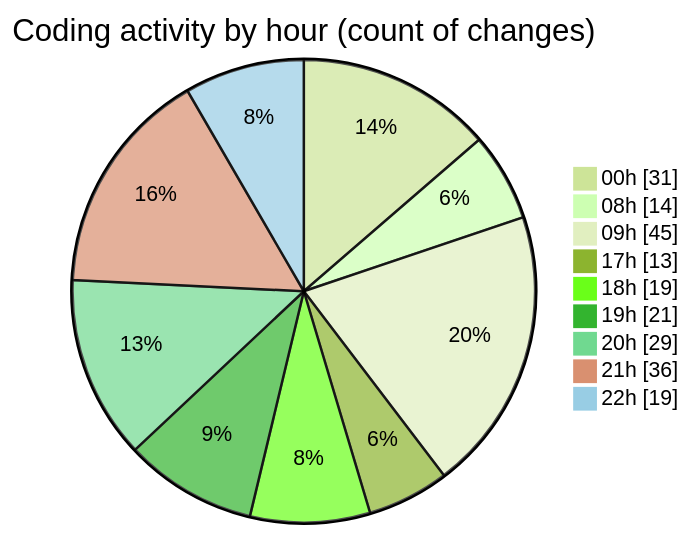
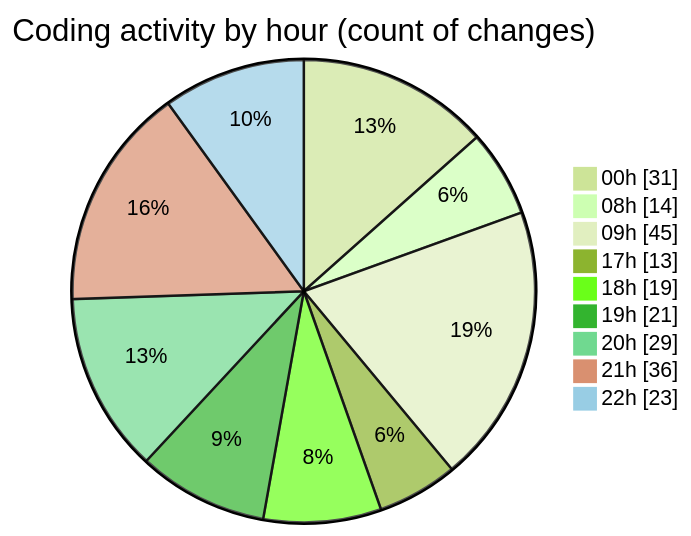
The second of 2 diagrams in 2025-08-03/studybuddy/README.md (lephambinh05/code-tracking), drawn with Mermaid (forest theme) before and after one commit. The commit also changed other lines of this file and 1 other file, not shown here.

````diff
--- a/2025-08-03/studybuddy/README.md
+++ b/2025-08-03/studybuddy/README.md
@@ -103,13 +103,13 @@
 ```mermaid
 pie showData
 title Coding activity by hour (count of changes)
 "00h" : 31
 "08h" : 14
 "09h" : 45
 "17h" : 13
 "18h" : 19
 "19h" : 21
 "20h" : 29
 "21h" : 36
-"22h" : 19
+"22h" : 23
 ```
````
